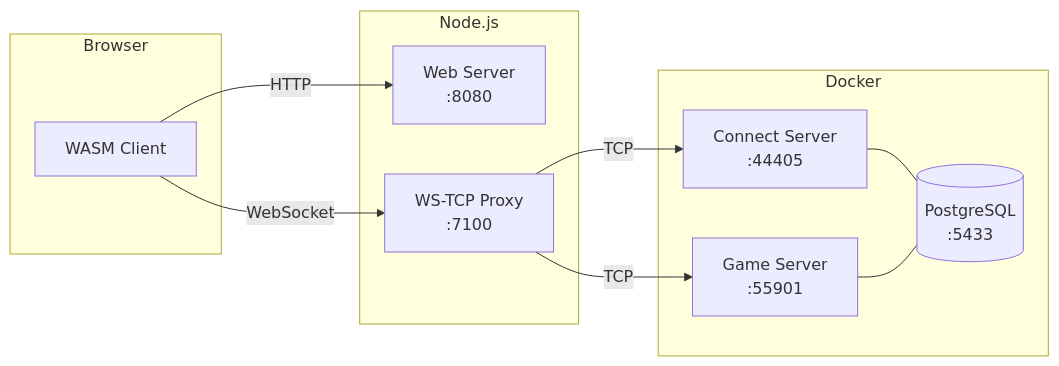
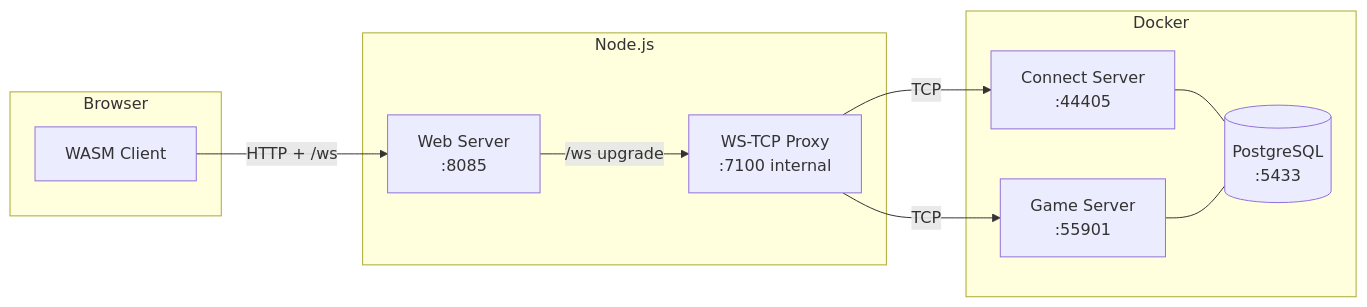
The diagram in README.md (pedrogmz/openmu-browser-stack), drawn with Mermaid before and after one commit. The commit also changed other lines of this file and 16 other files, not shown here.

````diff
--- a/README.md
+++ b/README.md
@@ -14,24 +14,24 @@
 ```mermaid
 flowchart LR
     subgraph Browser
         WASM[WASM Client]
     end
 
     subgraph Node.js
-        WEB[Web Server\n:8080]
-        PROXY[WS-TCP Proxy\n:7100]
+        WEB[Web Server\n:8085]
+        PROXY[WS-TCP Proxy\n:7100 internal]
     end
 
     subgraph Docker
         CS[Connect Server\n:44405]
         GS[Game Server\n:55901]
         PG[(PostgreSQL\n:5433)]
     end
 
-    WASM -- HTTP --> WEB
-    WASM -- WebSocket --> PROXY
+    WASM -- HTTP + /ws --> WEB
+    WEB -- /ws upgrade --> PROXY
     PROXY -- TCP --> CS
     PROXY -- TCP --> GS
     CS --- PG
     GS --- PG
 ```
````
